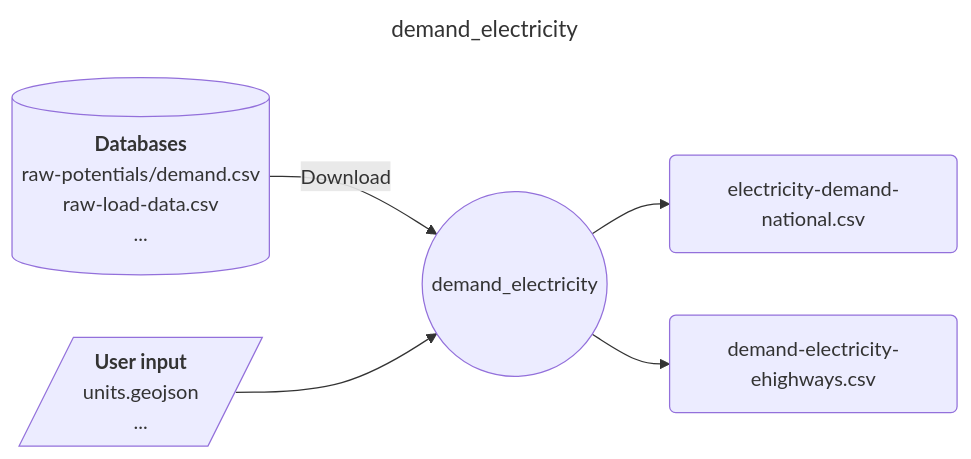
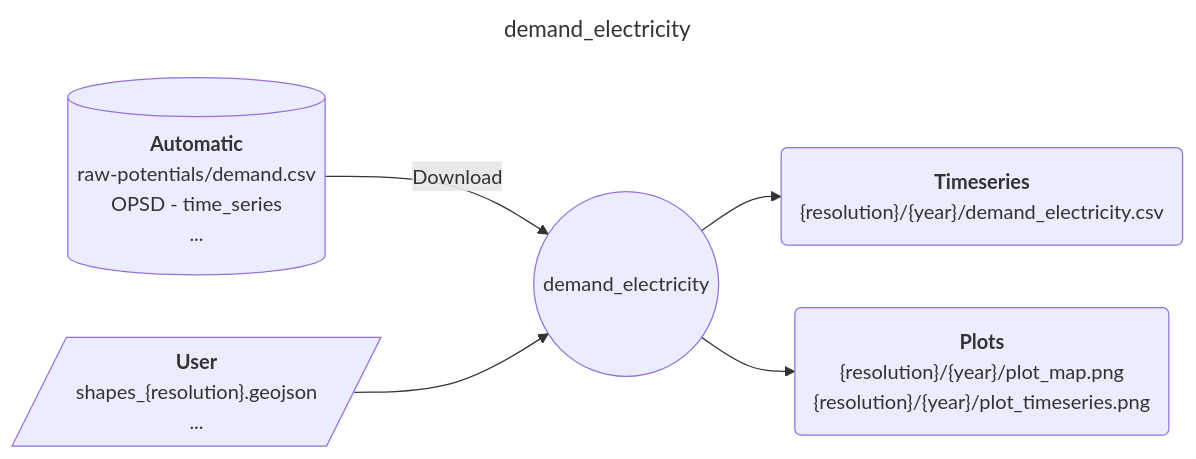
The diagram in modules/demand_electricity/README.md (calliope-project/ec_modules), drawn with Mermaid before and after one commit. The commit also changed other lines of this file and 8 other files, not shown here.

````diff
--- a/modules/demand_electricity/README.md
+++ b/modules/demand_electricity/README.md
@@ -9,21 +9,22 @@
 ```mermaid
 ---
 title: demand_electricity
 ---
 flowchart LR
-    D1[("`**Databases**
+    D1[("`**Automatic**
         raw-potentials/demand.csv
-        raw-load-data.csv
+        OPSD - time_series
         ...
     `")] --> |Download| M
-    C1[/"`**User input**
-        units.geojson
+    C1[/"`**User**
+        shapes_{resolution}.geojson
         ...
     `"/] --> M((demand_electricity))
-    M --> O1("
-        electricity-demand-national.csv
-        ")
-    M --> O2("
-        demand-electricity-ehighways.csv
-        ")
+    M --> O1("`**Timeseries**
+        {resolution}/{year}/demand_electricity.csv
+        `")
+    M --> O2("`**Plots**
+        {resolution}/{year}/plot_map.png
+        {resolution}/{year}/plot_timeseries.png
+        `")
 ```
````
